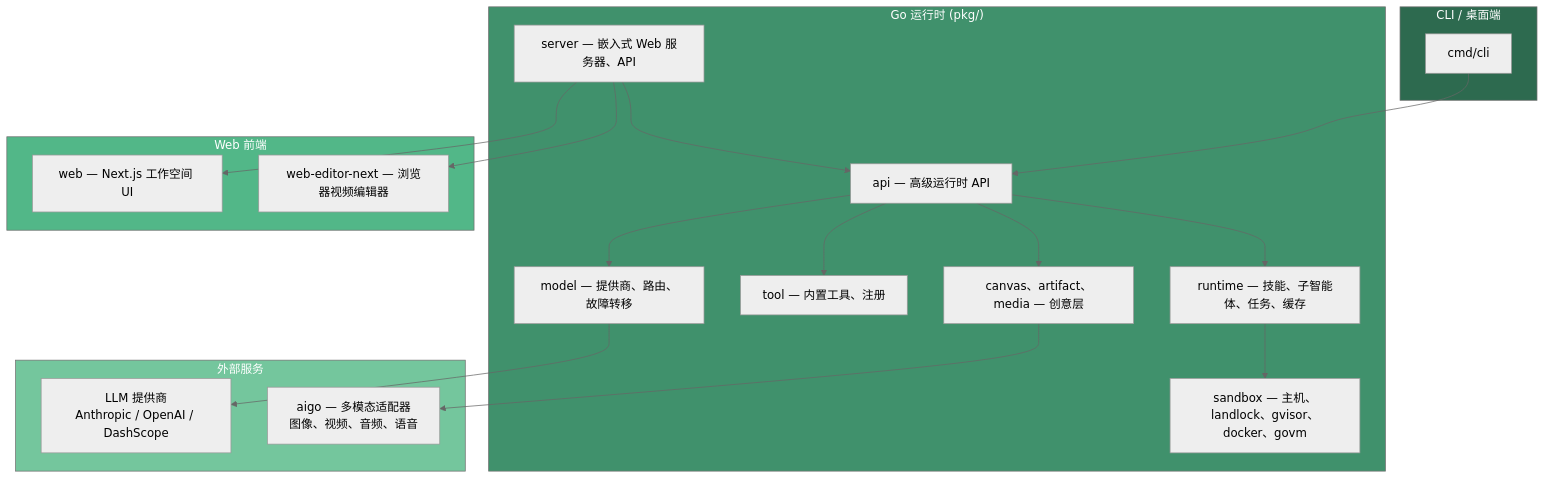
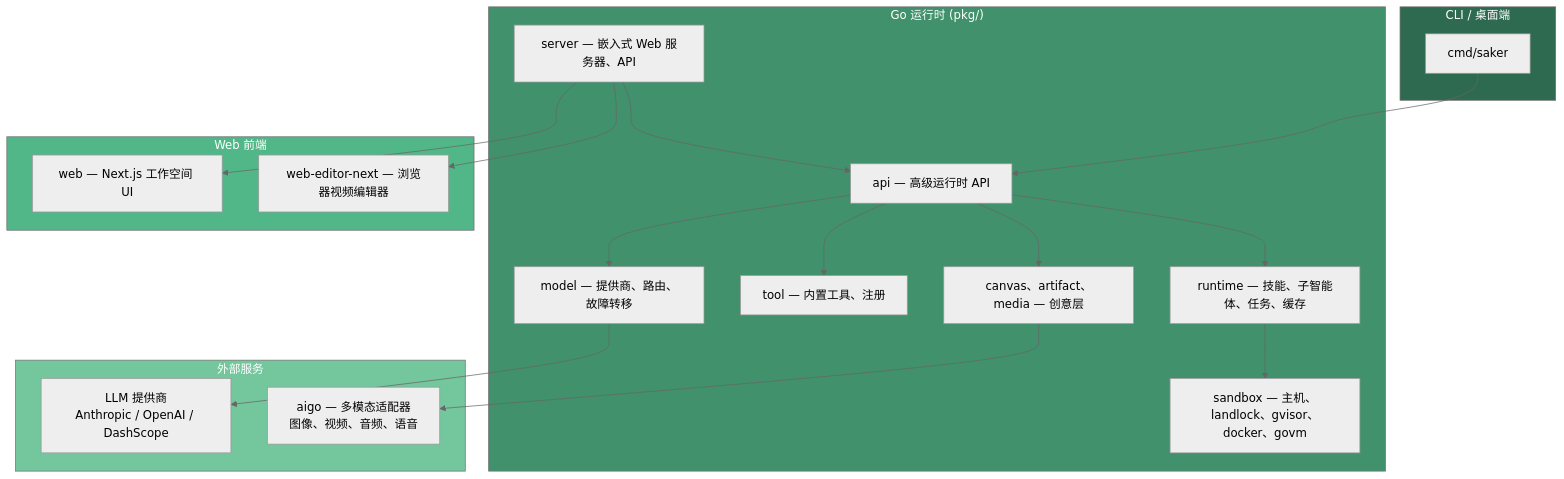
One commit to saker-ai/saker changed the diagram in README.md. Above: the diagram before and after it, drawn with Mermaid (neutral theme). The commit also changed 44 other files, not shown here.

First line of the commit message:
Rename cmd/cli to cmd/saker, add CLI file-only logging, fix context.WithTimeout bug

````diff
--- a/README.md
+++ b/README.md
@@ -189,40 +189,40 @@
 ```mermaid
 graph TB
     subgraph CLI["CLI / 桌面端"]
-        CLI_CMD[cmd/cli]
+        CLI_CMD[cmd/saker]
     end
 
     subgraph Runtime["Go 运行时 (pkg/)"]
         API[api — 高级运行时 API]
         MODEL[model — 提供商、路由、故障转移]
         TOOL[tool — 内置工具、注册]
         RT[runtime — 技能、子智能体、任务、缓存]
         SERVER[server — 嵌入式 Web 服务器、API]
         CANVAS[canvas、artifact、media — 创意层]
         SANDBOX[sandbox — 主机、landlock、gvisor、docker、govm]
     end
 
     subgraph Frontend["Web 前端"]
         WEB[web — Next.js 工作空间 UI]
         EDITOR[web-editor-next — 浏览器视频编辑器]
     end
 
     subgraph External["外部服务"]
         LLM[LLM 提供商<br/>Anthropic / OpenAI / DashScope]
         AIGO[aigo — 多模态适配器<br/>图像、视频、音频、语音]
     end
 
     CLI_CMD --> API
     API --> MODEL --> LLM
     API --> TOOL
     API --> RT --> SANDBOX
     API --> CANVAS --> AIGO
     SERVER --> WEB
     SERVER --> EDITOR
     SERVER --> API
 
     style CLI fill:#2d6a4f,color:#fff
     style Runtime fill:#40916c,color:#fff
     style Frontend fill:#52b788,color:#fff
     style External fill:#74c69d,color:#fff
 ```
````
